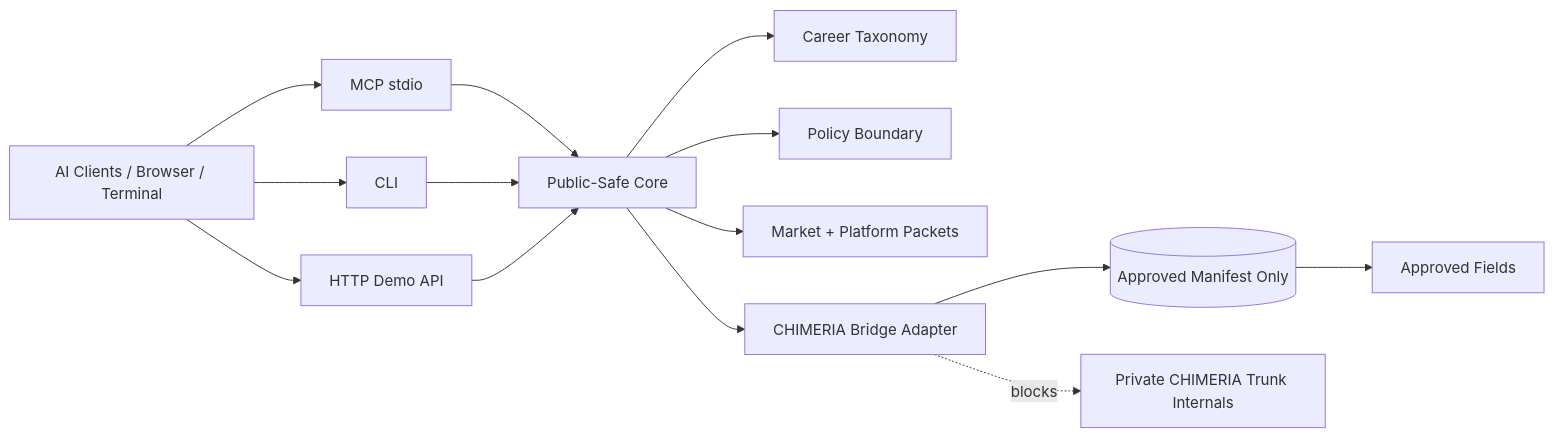
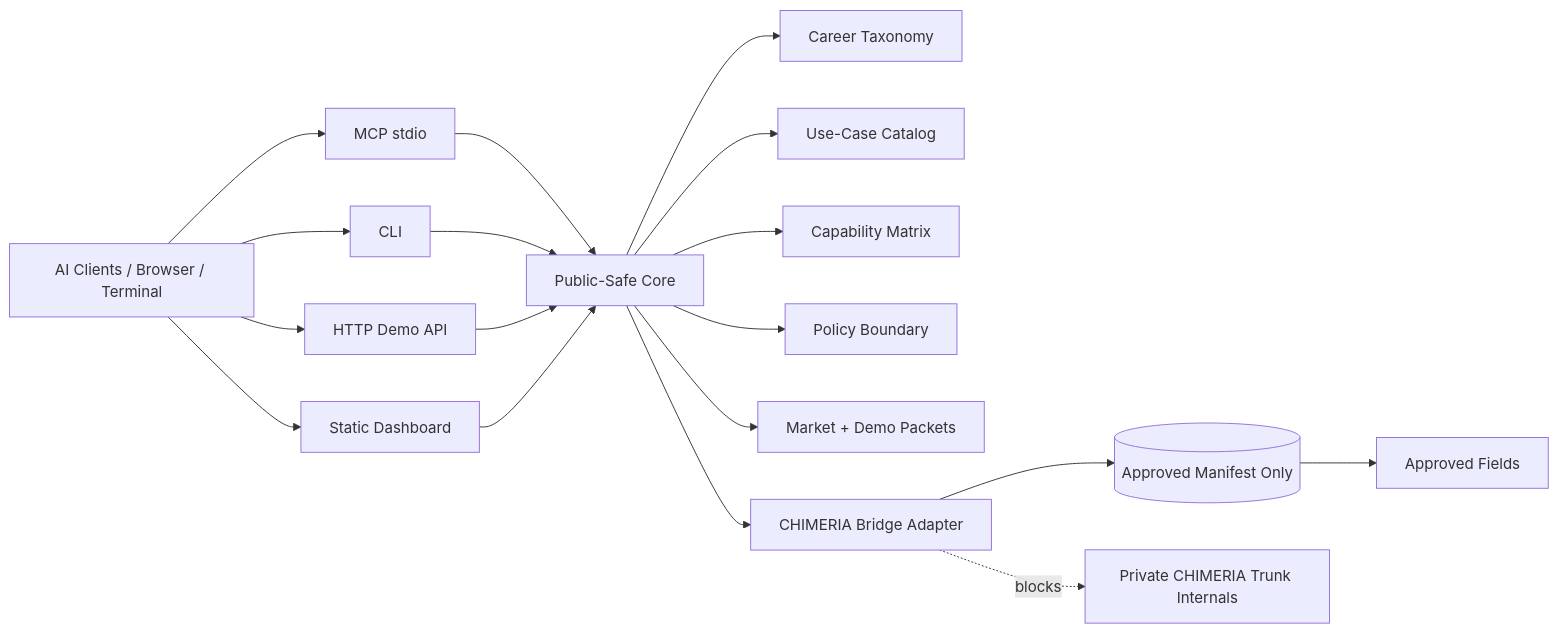
The diagram in README.md (ItsNotAILABS/CyberSecurity-AI), drawn with Mermaid before and after one commit. The commit also changed other lines of this file, not shown here.

Commit message:
Upgrade README with real use cases, dashboard, and HD flow visual

````diff
--- a/README.md
+++ b/README.md
@@ -133,16 +162,20 @@
 ```mermaid
 flowchart LR
   Client[AI Clients / Browser / Terminal] --> MCP[MCP stdio]
   Client --> CLI[CLI]
   Client --> HTTP[HTTP Demo API]
+  Client --> DASH[Static Dashboard]
   MCP --> Core[Public-Safe Core]
   CLI --> Core
   HTTP --> Core
+  DASH --> Core
   Core --> Careers[Career Taxonomy]
+  Core --> Uses[Use-Case Catalog]
+  Core --> Cap[Capability Matrix]
   Core --> Policy[Policy Boundary]
-  Core --> Packets[Market + Platform Packets]
+  Core --> Packets[Market + Demo Packets]
   Core --> Bridge[CHIMERIA Bridge Adapter]
   Bridge --> Manifest[(Approved Manifest Only)]
   Manifest --> Safe[Approved Fields]
   Bridge -. blocks .-> Private[Private CHIMERIA Trunk Internals]
 ```
````
